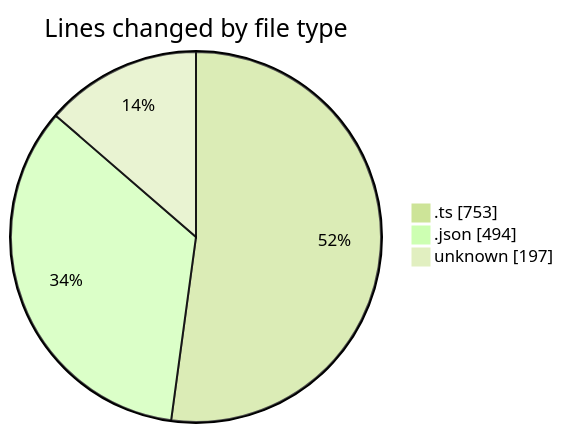
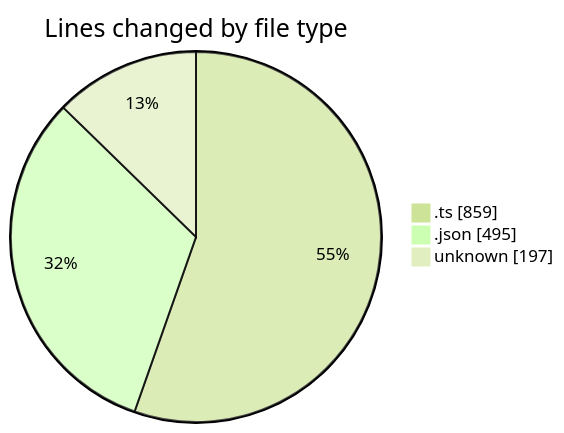
One commit to EIIisD/code-tracking changed the first of 2 diagrams in 2025-08-24/chatgpt-extension/README.md. Above: the diagram before and after it, drawn with Mermaid (forest theme). The commit also changed other lines of this file and 1 other file, not shown here.

````diff
--- a/2025-08-24/chatgpt-extension/README.md
+++ b/2025-08-24/chatgpt-extension/README.md
@@ -24,7 +24,7 @@
 ```mermaid
 pie showData
 title Lines changed by file type
-".ts" : 753
-".json" : 494
+".ts" : 859
+".json" : 495
 "unknown" : 197
 ```
````
